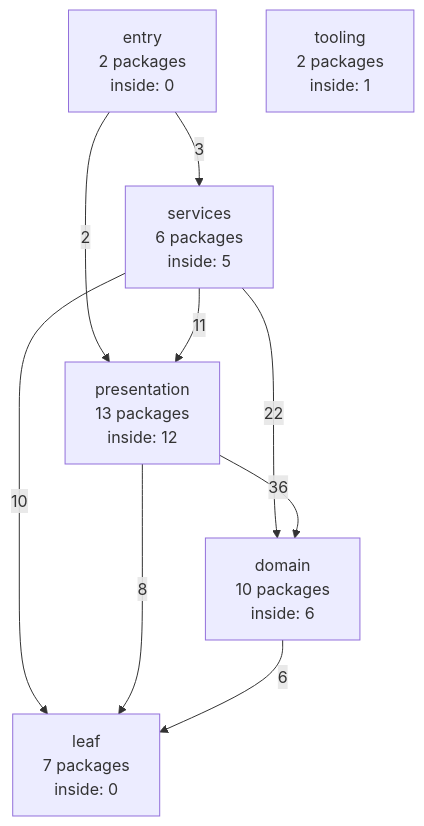
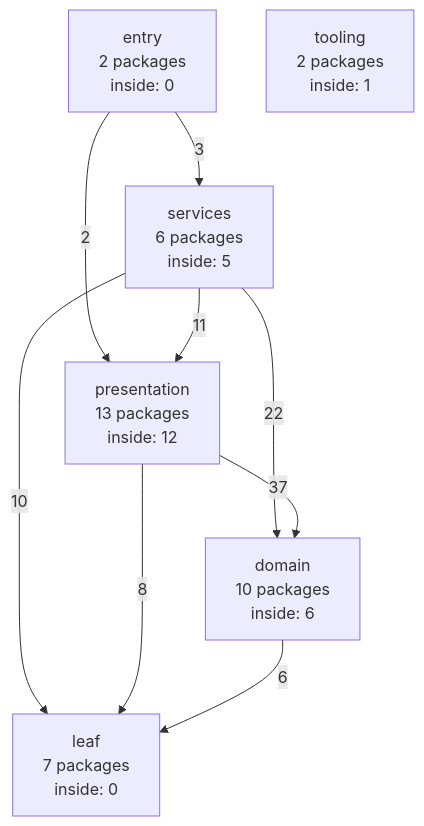
The diagram in docs/internals/generated/package-graph.md (ladydascalie/dm), drawn with Mermaid before and after one commit. The commit also changed other lines of this file and 32 other files, not shown here.

````diff
--- a/docs/internals/generated/package-graph.md
+++ b/docs/internals/generated/package-graph.md
@@ -58,17 +58,17 @@
 ```mermaid
 flowchart TD
   entry["entry<br/>2 packages<br/>inside: 0"]
   services["services<br/>6 packages<br/>inside: 5"]
   presentation["presentation<br/>13 packages<br/>inside: 12"]
   domain["domain<br/>10 packages<br/>inside: 6"]
   leaf["leaf<br/>7 packages<br/>inside: 0"]
   tooling["tooling<br/>2 packages<br/>inside: 1"]
   entry -->|3| services
   entry -->|2| presentation
   services -->|11| presentation
   services -->|22| domain
   services -->|10| leaf
-  presentation -->|36| domain
+  presentation -->|37| domain
   presentation -->|8| leaf
   domain -->|6| leaf
 ```
````
